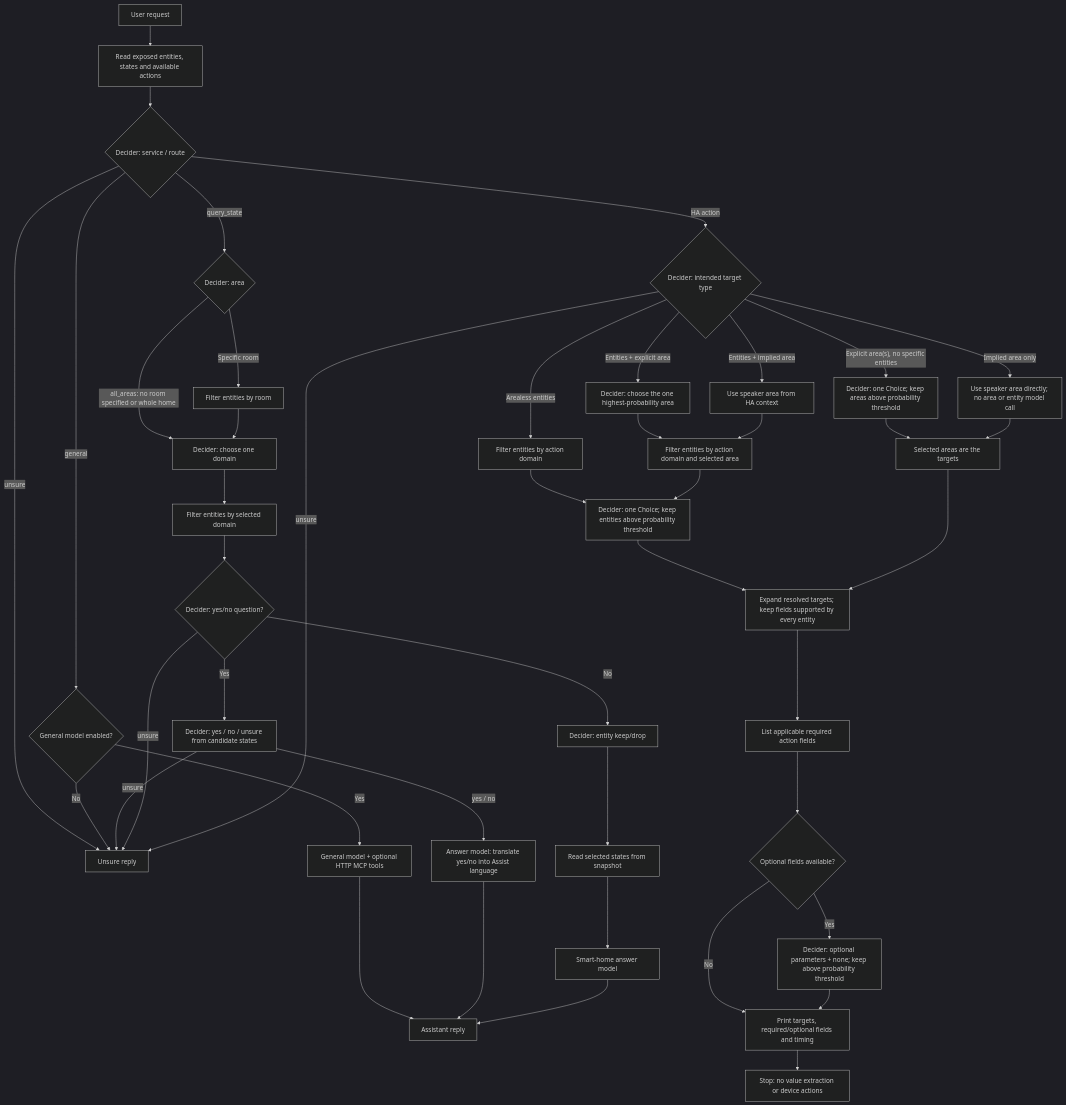
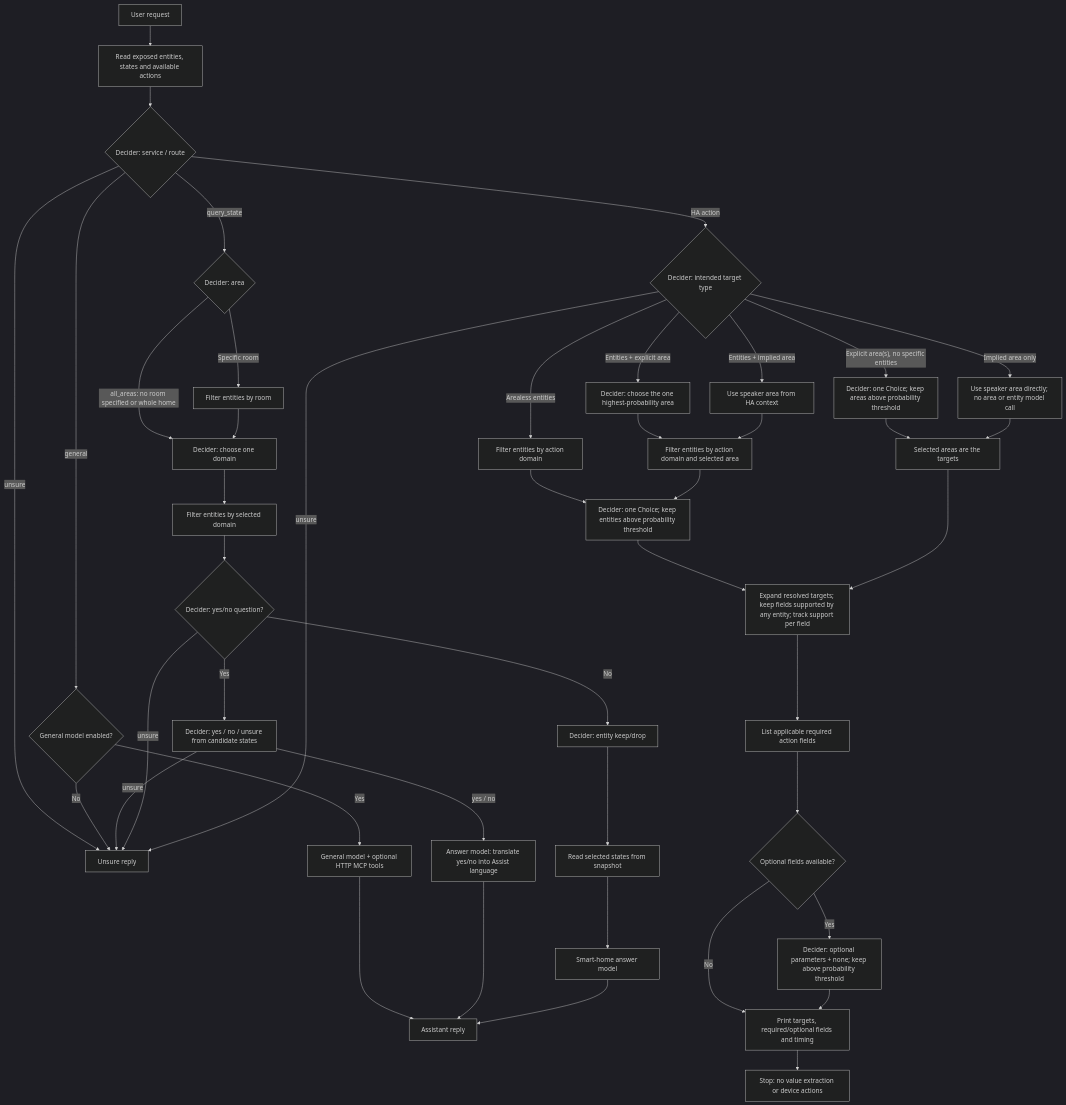
One commit to koriwi/GlowAssistant changed the diagram in decision_flow.mmd. Above: the diagram before and after it, drawn with Mermaid (dark theme). The commit also changed 8 other files, not shown here.

```diff
--- a/decision_flow.mmd
+++ b/decision_flow.mmd
@@ -1,47 +1,47 @@
 flowchart TD
     Input["User request"] --> Snapshot["Read exposed entities, states and available actions"]
     Snapshot --> Service{"Decider: service / route"}
 
     Service -->|unsure| Unsure["Unsure reply"]
     Service -->|general| Enabled{"General model enabled?"}
     Enabled -->|No| Unsure
     Enabled -->|Yes| General["General model + optional HTTP MCP tools"]
     General --> Reply["Assistant reply"]
 
     Service -->|query_state| QueryArea{"Decider: area"}
     QueryArea -->|Specific room| Room["Filter entities by room"]
     QueryArea -->|"all_areas: no room specified or whole home"| Domains["Decider: choose one domain"]
     Room --> Domains
     Domains --> DomainEntities["Filter entities by selected domain"]
     DomainEntities --> QueryType{"Decider: yes/no question?"}
     QueryType -->|Yes| BinaryAnswer["Decider: yes / no / unsure from candidate states"]
     BinaryAnswer -->|unsure| Unsure
     BinaryAnswer -->|yes / no| Translate["Answer model: translate yes/no into Assist language"]
     Translate --> Reply
     QueryType -->|No| QueryTargets["Decider: entity keep/drop"]
     QueryType -->|unsure| Unsure
     QueryTargets --> States["Read selected states from snapshot"]
     States --> Answer["Smart-home answer model"]
     Answer --> Reply
 
     Service -->|HA action| Scope{"Decider: intended target type"}
     Scope -->|Arealess entities| DomainOnly["Filter entities by action domain"]
     Scope -->|"Entities + explicit area"| OneArea["Decider: choose the one highest-probability area"]
     OneArea --> DomainArea["Filter entities by action domain and selected area"]
     Scope -->|"Entities + implied area"| Speaker["Use speaker area from HA context"]
     Speaker --> DomainArea
     DomainOnly --> Entities["Decider: one Choice; keep entities above probability threshold"]
     DomainArea --> Entities
     Scope -->|"Explicit area(s), no specific entities"| Areas["Decider: one Choice; keep areas above probability threshold"]
     Scope -->|"Implied area only"| SpeakerOnly["Use speaker area directly; no area or entity model call"]
     Areas --> AreaTargets["Selected areas are the targets"]
     SpeakerOnly --> AreaTargets
     Scope -->|unsure| Unsure
-    Entities --> Capabilities["Expand resolved targets; keep fields supported by every entity"]
+    Entities --> Capabilities["Expand resolved targets; keep fields supported by any entity; track support per field"]
     AreaTargets --> Capabilities
     Capabilities --> Required["List applicable required action fields"]
     Required --> HasOptional{"Optional fields available?"}
     HasOptional -->|Yes| Parameters["Decider: optional parameters + none; keep above probability threshold"]
     HasOptional -->|No| Console["Print targets, required/optional fields and timing"]
     Parameters --> Console
     Console --> Stop["Stop: no value extraction or device actions"]
```
